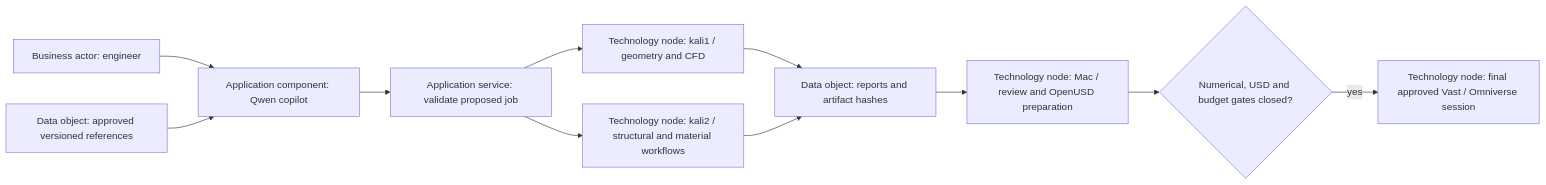
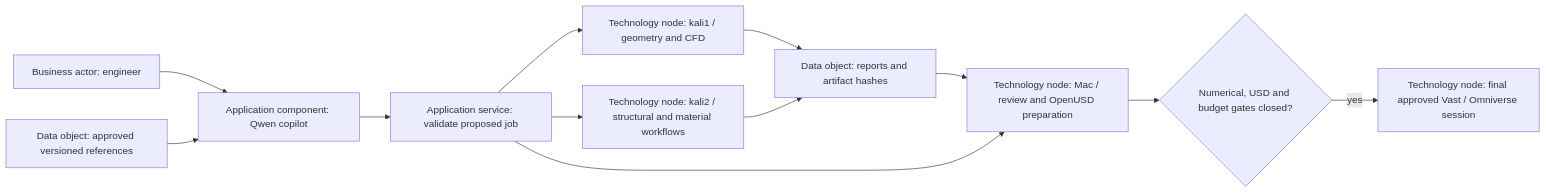
The first of 2 diagrams in training/m64-engineer/README.md (cluster2600/porscheparts), drawn with Mermaid before and after one commit. The commit also changed other lines of this file and 5 other files, not shown here.

````diff
--- a/training/m64-engineer/README.md
+++ b/training/m64-engineer/README.md
@@ -60,13 +63,14 @@
 ```mermaid
 flowchart LR
     E["Business actor: engineer"] --> C["Application component: Qwen copilot"]
     R["Data object: approved versioned references"] --> C
     C --> V["Application service: validate proposed job"]
     V --> K1["Technology node: kali1 / geometry and CFD"]
     V --> K2["Technology node: kali2 / structural and material workflows"]
     K1 --> P["Data object: reports and artifact hashes"]
     K2 --> P
     P --> M["Technology node: Mac / review and OpenUSD preparation"]
+    V --> M
     M --> G{"Numerical, USD and budget gates closed?"}
     G -->|yes| O["Technology node: final approved Vast / Omniverse session"]
 ```
````
